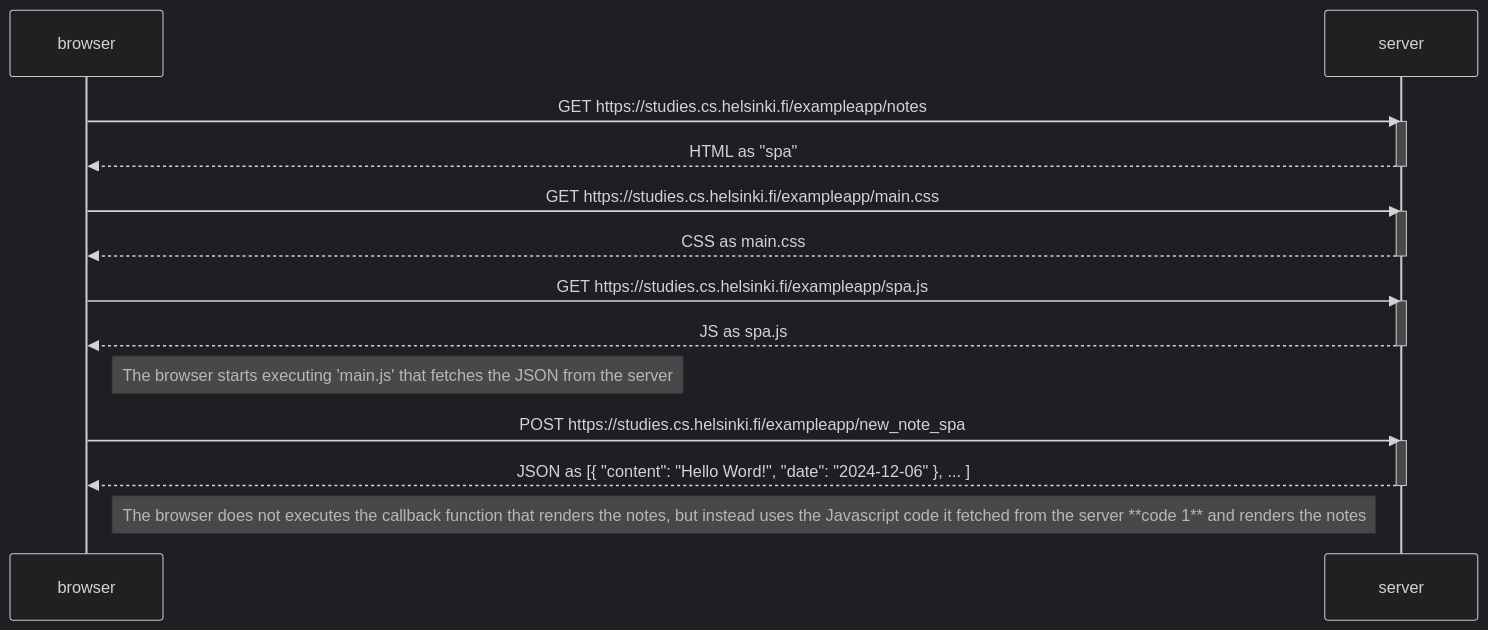
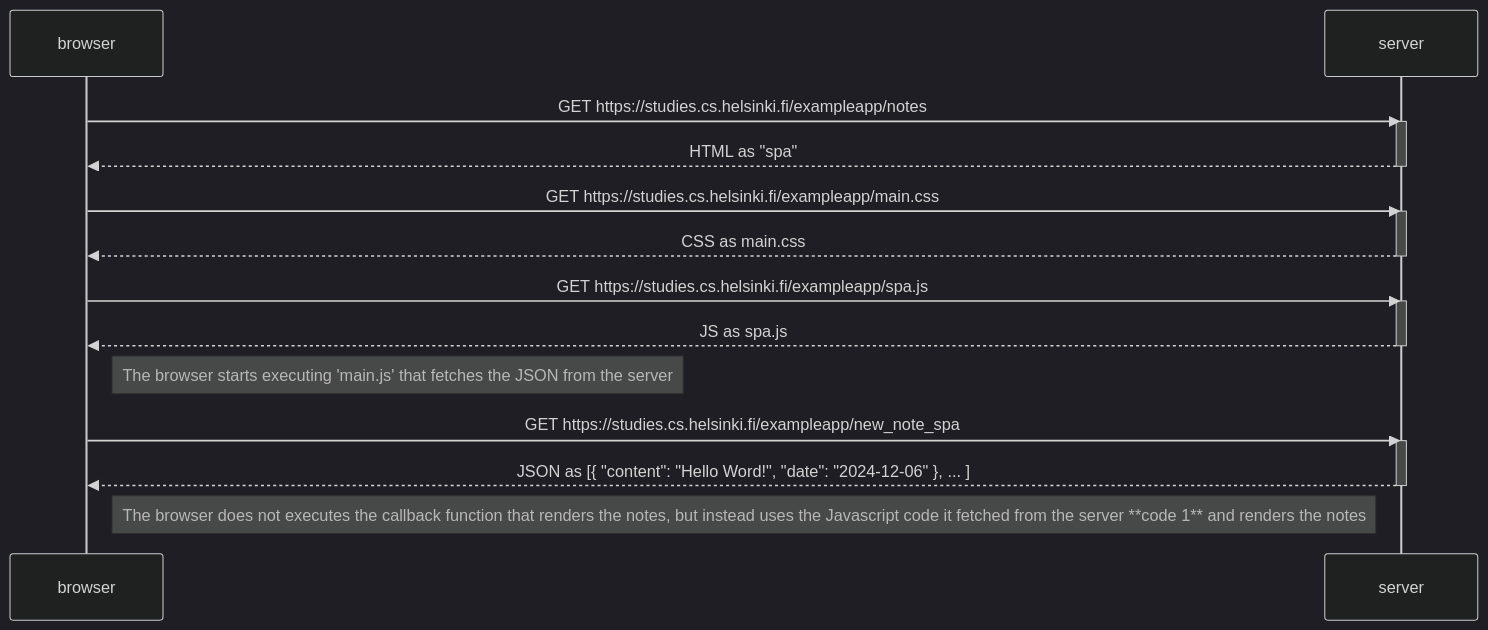
Before and after one commit to DaniCoppermind/full-stack-open-2024: the diagram in part0/0.5-single-page-app-diagram.md, drawn with Mermaid (dark theme).

Commit message:
FIX: when the form it's sended, the spa.js redrawNotes declaring another GET to JSON from the server

````diff
--- a/part0/0.5-single-page-app-diagram.md
+++ b/part0/0.5-single-page-app-diagram.md
@@ -1,31 +1,31 @@
 ```mermaid
 sequenceDiagram
     participant browser
     participant server
 
     browser->>server: GET https://studies.cs.helsinki.fi/exampleapp/notes
     activate server
     server-->>browser: HTML as "spa"
     deactivate server
 
     browser->>server: GET https://studies.cs.helsinki.fi/exampleapp/main.css
     activate server
     server-->>browser: CSS as main.css
     deactivate server
 
     browser->>server: GET https://studies.cs.helsinki.fi/exampleapp/spa.js
     activate server
     server-->>browser: JS as spa.js
     deactivate server
 
     Note right of browser: The browser starts executing 'main.js' that fetches the JSON from the server
 
-    browser->>server: POST https://studies.cs.helsinki.fi/exampleapp/new_note_spa
+    browser->>server: GET https://studies.cs.helsinki.fi/exampleapp/new_note_spa
     activate server
     server-->>browser: JSON as [{ "content": "Hello Word!", "date": "2024-12-06" }, ... ]
     deactivate server
 
     Note right of browser: The browser does not executes the callback function that renders the notes, but instead uses the Javascript code it fetched from the server **code 1** and renders the notes
 
 
 ```
````
